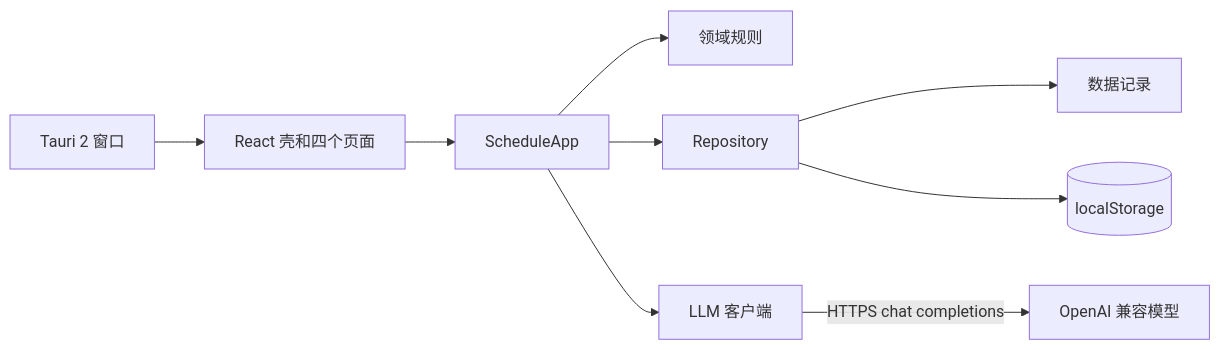
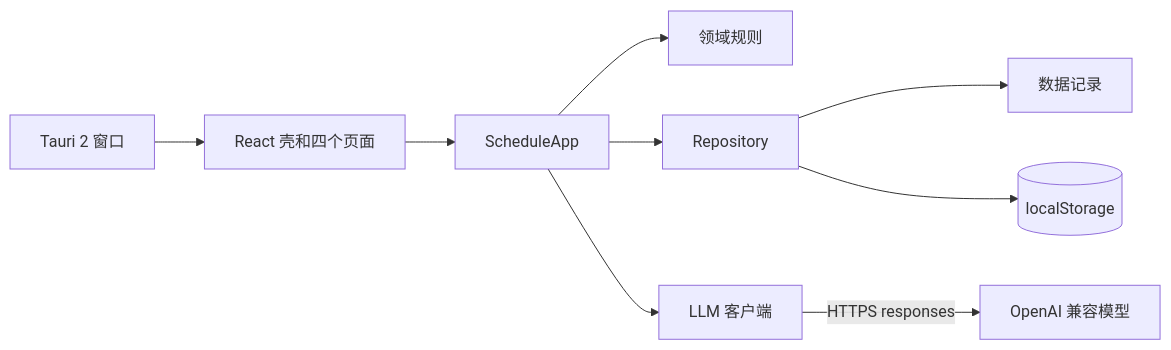
One commit to lintaojlu/CEOS changed the diagram in README.zh-CN.md. Above: the diagram before and after it, drawn with Mermaid. The commit also changed other lines of this file and 24 other files, not shown here.

````diff
--- a/README.zh-CN.md
+++ b/README.zh-CN.md
@@ -97,11 +97,11 @@
 ```mermaid
 flowchart LR
   window[Tauri 2 窗口] --> ui[React 壳和四个页面]
   ui --> schedApp[ScheduleApp]
   schedApp --> domain[领域规则]
   schedApp --> repo[Repository]
   repo --> records[数据记录]
   repo --> store[(localStorage)]
   schedApp --> llm[LLM 客户端]
-  llm -->|HTTPS chat completions| ark[OpenAI 兼容模型]
+  llm -->|HTTPS responses| ark[OpenAI 兼容模型]
 ```
````
